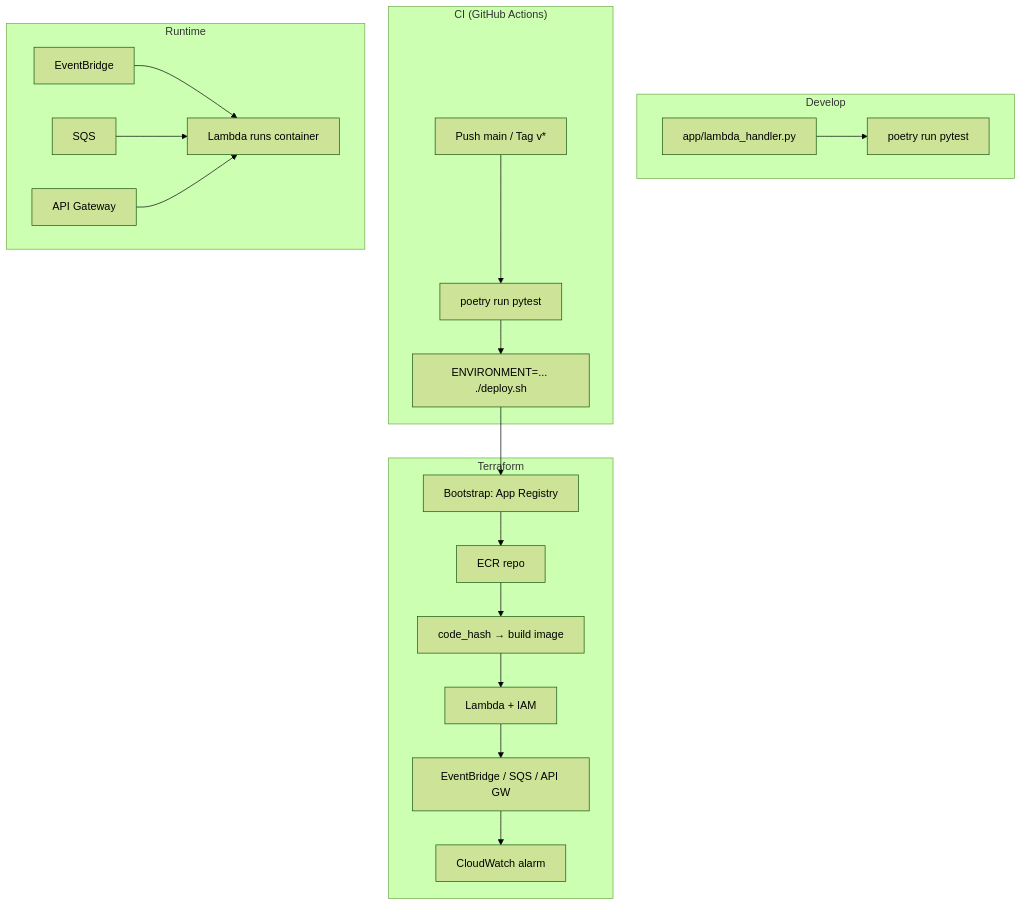
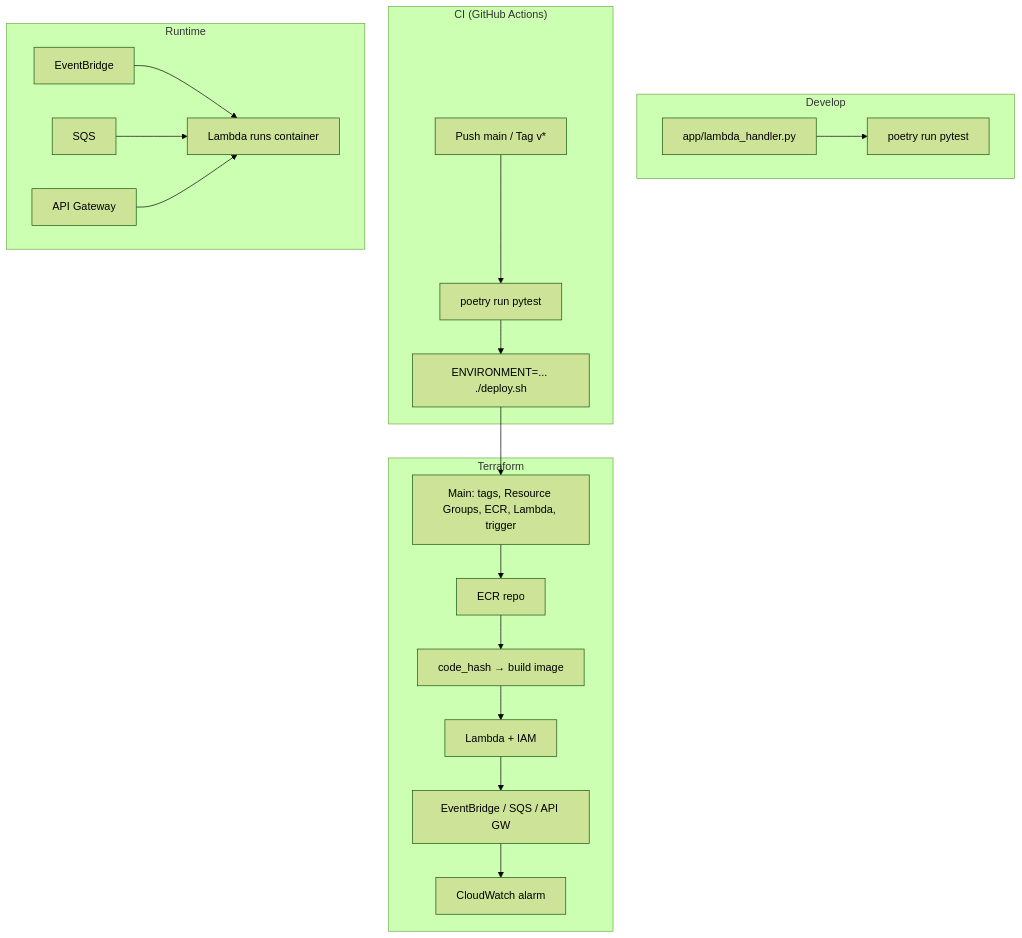
One commit to NRD-Tech/nrdtech-python-aws-lambda changed the fifth of 5 diagrams in ARCHITECTURE.md. Above: the diagram before and after it, drawn with Mermaid (forest theme). The commit also changed other lines of this file and 13 other files, not shown here.

First line of the commit message:
Replace AppRegistry bootstrap with Resource Groups and cost tags.

````diff
--- a/ARCHITECTURE.md
+++ b/ARCHITECTURE.md
@@ -247,36 +239,36 @@
 ```mermaid
 flowchart TB
   subgraph dev["Develop"]
     PY[app/lambda_handler.py]
     TEST[poetry run pytest]
   end
 
   subgraph ci["CI (GitHub Actions)"]
     PUSH[Push main / Tag v*]
     PT[poetry run pytest]
     DEPLOY[ENVIRONMENT=... ./deploy.sh]
   end
 
   subgraph tf["Terraform"]
-    BOOT[Bootstrap: App Registry]
+    MAIN[Main: tags, Resource Groups, ECR, Lambda, trigger]
     ECR[ECR repo]
     HASH[code_hash → build image]
     LAMBDA[Lambda + IAM]
     TRIG[EventBridge / SQS / API GW]
     ALARM[CloudWatch alarm]
   end
 
   subgraph runtime["Runtime"]
     EB[EventBridge]
     SQS[SQS]
     APIGW[API Gateway]
     L[Lambda runs container]
   end
 
   PY --> TEST
   PUSH --> PT --> DEPLOY
-  DEPLOY --> BOOT --> ECR --> HASH --> LAMBDA --> TRIG --> ALARM
+  DEPLOY --> MAIN --> ECR --> HASH --> LAMBDA --> TRIG --> ALARM
   EB --> L
   SQS --> L
   APIGW --> L
 ```
````
